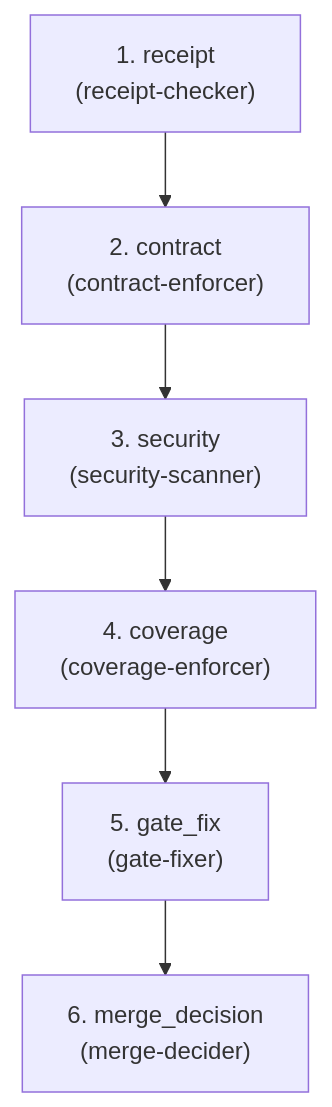
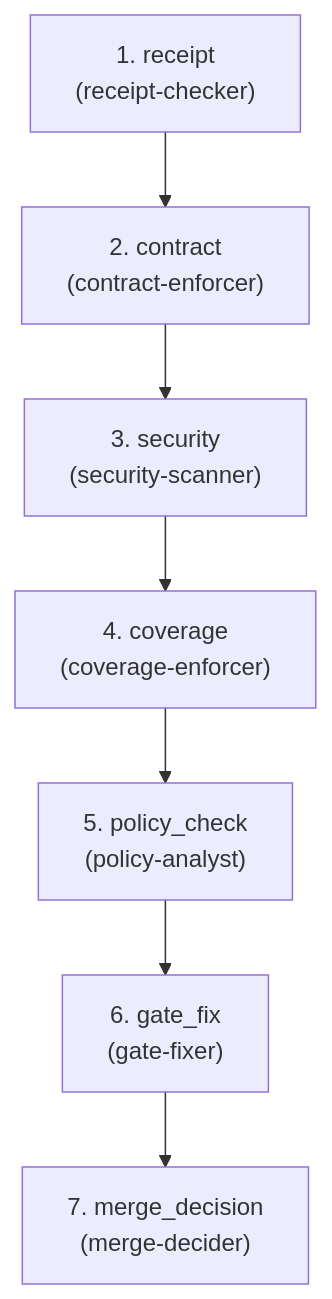
Before and after one commit to EffortlessMetrics/flow-studio-swarm: the diagram in swarm/flows/flow-gate.md, drawn with Mermaid. The commit also changed other lines of this file and 5 other files, not shown here.

````diff
--- a/swarm/flows/flow-gate.md
+++ b/swarm/flows/flow-gate.md
@@ -118,14 +41,16 @@
 ```mermaid
 graph TD
   gate_receipt["1. receipt\n(receipt-checker)"]
   gate_contract["2. contract\n(contract-enforcer)"]
   gate_security["3. security\n(security-scanner)"]
   gate_coverage["4. coverage\n(coverage-enforcer)"]
-  gate_gate_fix["5. gate_fix\n(gate-fixer)"]
-  gate_merge_decision["6. merge_decision\n(merge-decider)"]
+  gate_policy_check["5. policy_check\n(policy-analyst)"]
+  gate_gate_fix["6. gate_fix\n(gate-fixer)"]
+  gate_merge_decision["7. merge_decision\n(merge-decider)"]
   gate_receipt --> gate_contract
   gate_contract --> gate_security
   gate_security --> gate_coverage
-  gate_coverage --> gate_gate_fix
+  gate_coverage --> gate_policy_check
+  gate_policy_check --> gate_gate_fix
   gate_gate_fix --> gate_merge_decision
 ```
````
